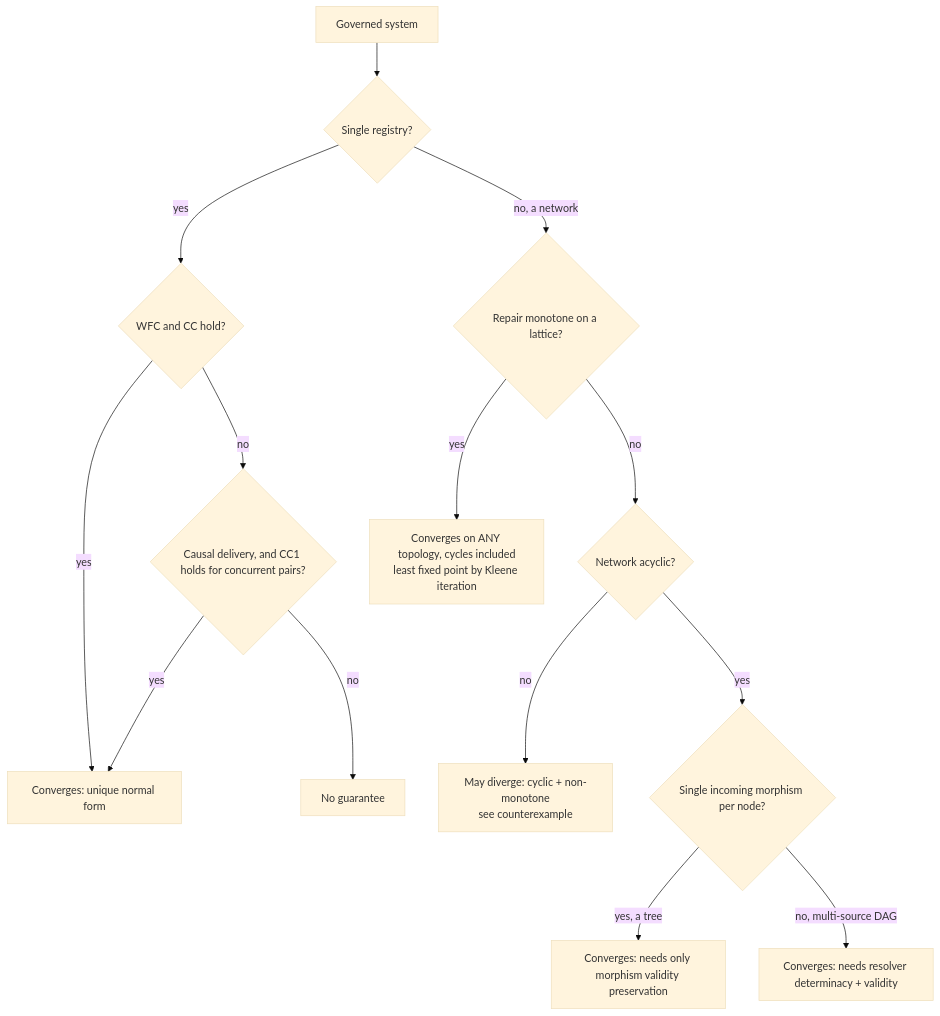
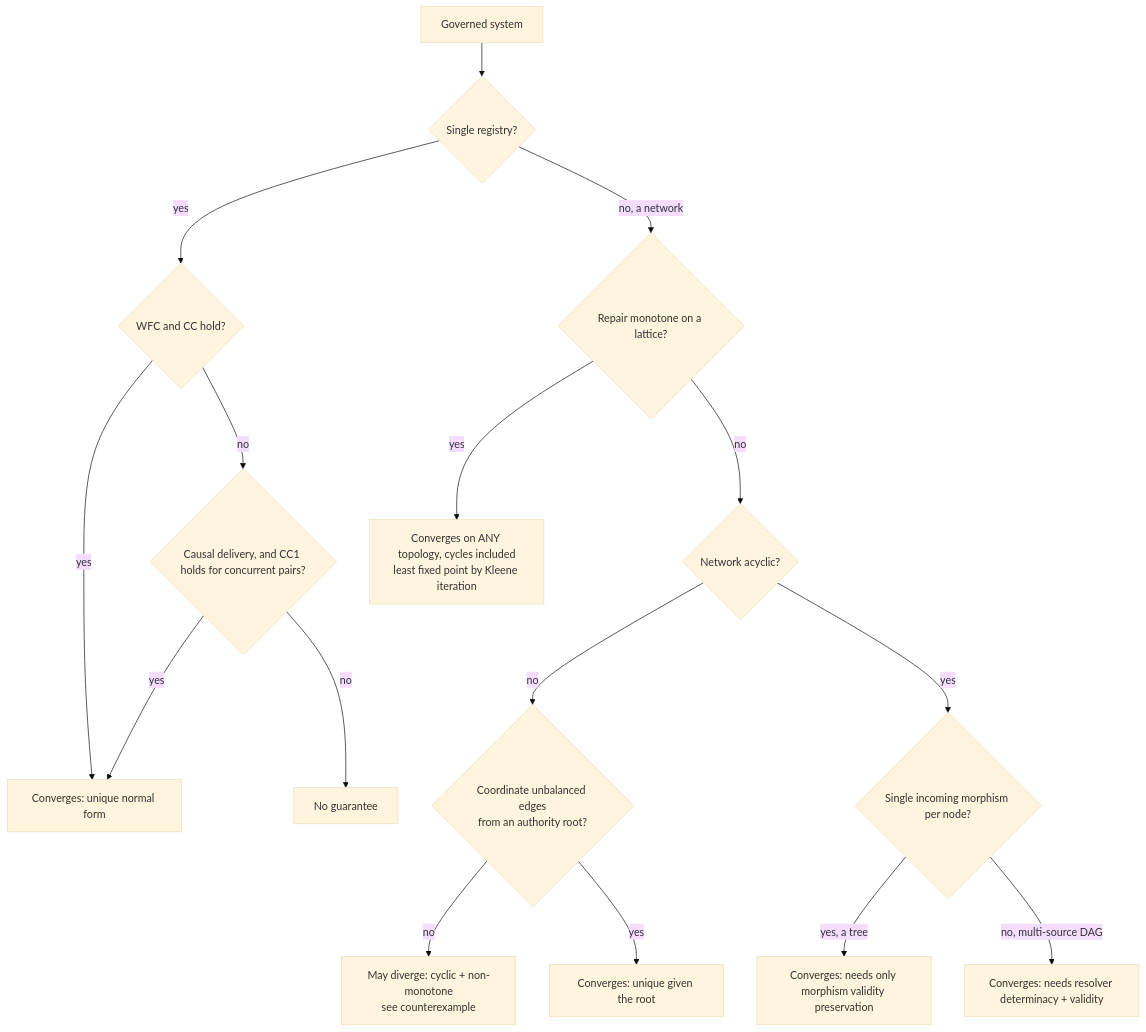
The diagram in REGIMES.md (blackwell-systems/normalization-confluence), drawn with Mermaid (base theme) before and after one commit. The commit also changed other lines of this file and 8 other files, not shown here.

First line of the commit message:
docs: reflect roadmap items 1 to 4, the exact converses and the 254-theorem gate (#28)

````diff
--- a/REGIMES.md
+++ b/REGIMES.md
@@ -78,16 +115,18 @@
 ```mermaid
 flowchart TD
   A[Governed system] --> B{Single registry?}
   B -- yes --> C{WFC and CC hold?}
   C -- yes --> C1[Converges: unique normal form]
   C -- no --> C0{Causal delivery, and CC1 holds for concurrent pairs?}
   C0 -- yes --> C1
   C0 -- no --> C2[No guarantee]
   B -- no, a network --> D{Repair monotone on a lattice?}
   D -- yes --> D1[Converges on ANY topology, cycles included<br/>least fixed point by Kleene iteration]
   D -- no --> E{Network acyclic?}
-  E -- no --> E0[May diverge: cyclic + non-monotone<br/>see counterexample]
+  E -- no --> E0{Coordinate unbalanced edges<br/>from an authority root?}
+  E0 -- no --> E1[May diverge: cyclic + non-monotone<br/>see counterexample]
+  E0 -- yes --> E2[Converges: unique given the root]
   E -- yes --> F{Single incoming morphism per node?}
   F -- yes, a tree --> F1[Converges: needs only morphism validity preservation]
   F -- no, multi-source DAG --> F2[Converges: needs resolver determinacy + validity]
 ```
````
